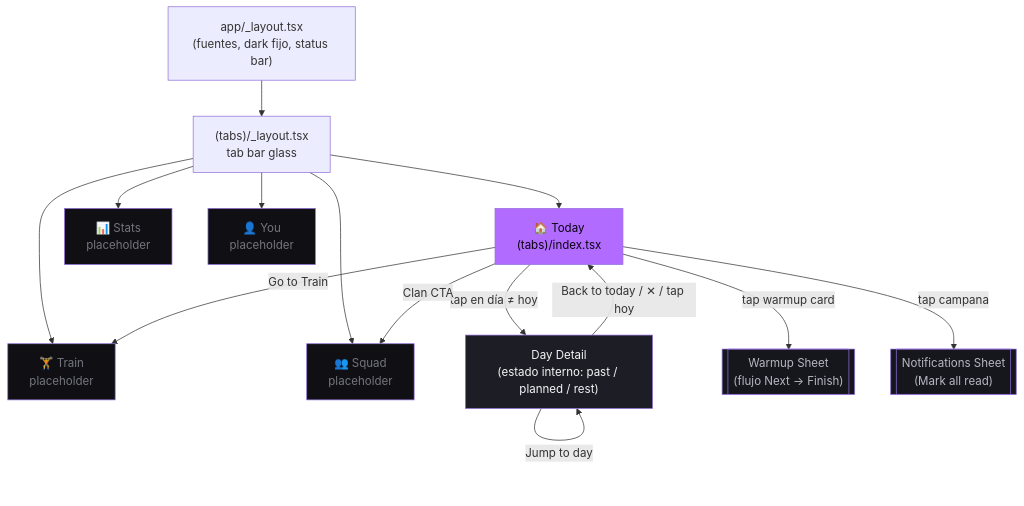
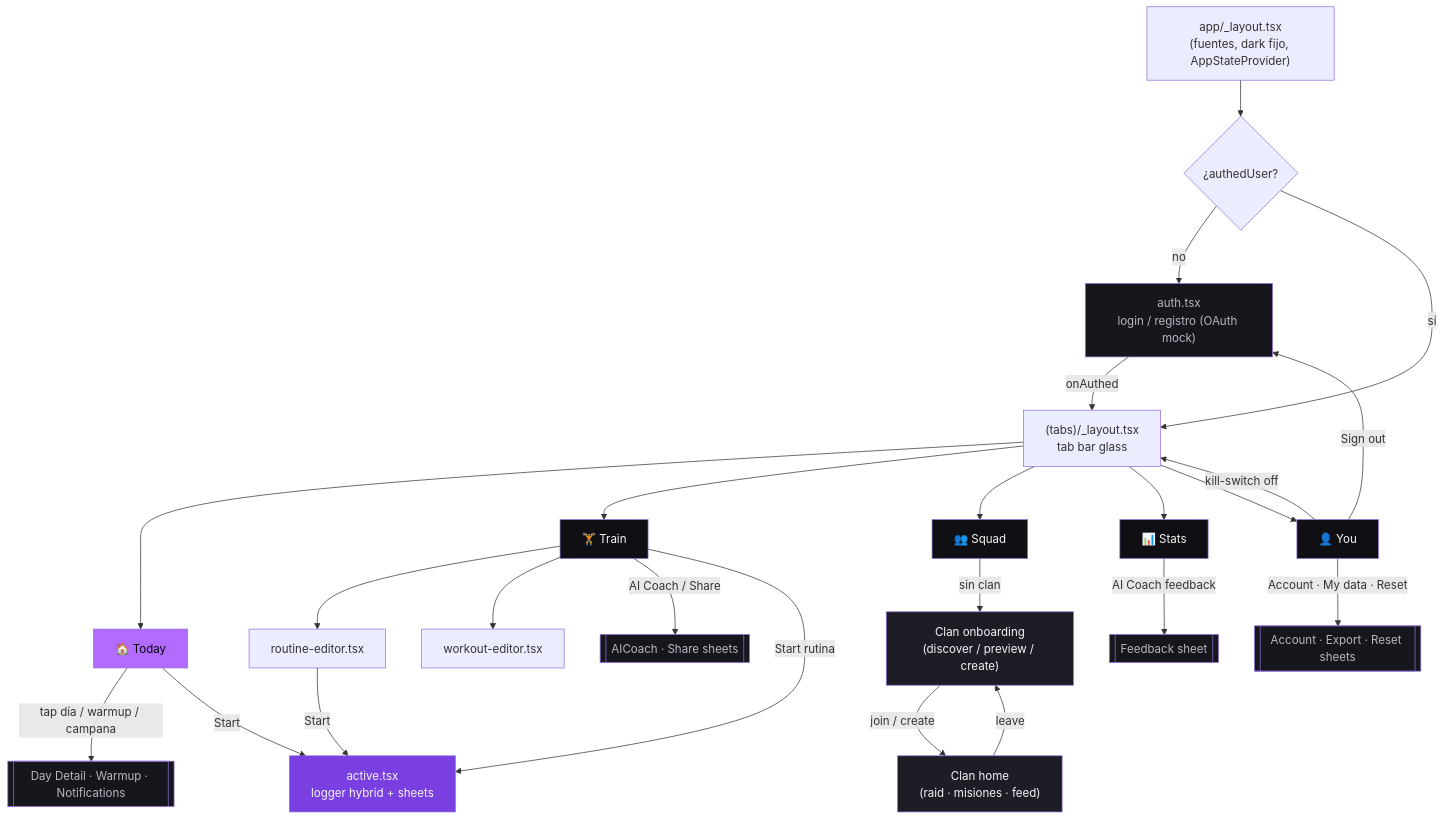
The first of 6 diagrams in README.md (pxtroniwnl/hivo), drawn with Mermaid before and after one commit. The commit also changed other lines of this file and 6 other files, not shown here.

First line of the commit message:
docs: full navigation map, status table and screenshots for all screens

````diff
--- a/README.md
+++ b/README.md
@@ -97,28 +122,45 @@
 ```mermaid
 flowchart TD
-    Root["app/_layout.tsx<br/>(fuentes, dark fijo, status bar)"] --> Tabs["(tabs)/_layout.tsx<br/>tab bar glass"]
+    Root["app/_layout.tsx<br/>(fuentes, dark fijo, AppStateProvider)"] --> Auth{"¿authedUser?"}
+    Auth -- "no" --> Login["auth.tsx<br/>login / registro (OAuth mock)"]
+    Login -- "onAuthed" --> Tabs
+    Auth -- "sí" --> Tabs["(tabs)/_layout.tsx<br/>tab bar glass"]
 
-    Tabs --> Today["🏠 Today<br/>(tabs)/index.tsx"]
-    Tabs --> Train["🏋️ Train<br/>placeholder"]
-    Tabs --> Squad["👥 Squad<br/>placeholder"]
-    Tabs --> Stats["📊 Stats<br/>placeholder"]
-    Tabs --> You["👤 You<br/>placeholder"]
+    Tabs --> Today["🏠 Today"]
+    Tabs --> Train["🏋️ Train"]
+    Tabs --> Squad["👥 Squad"]
+    Tabs --> Stats["📊 Stats"]
+    Tabs --> You["👤 You"]
 
-    Today -- "tap en día ≠ hoy" --> DayDetail["Day Detail<br/>(estado interno: past / planned / rest)"]
-    DayDetail -- "Back to today / ✕ / tap hoy" --> Today
-    DayDetail -- "Jump to day" --> DayDetail
+    Today -- "tap día / warmup / campana" --> TodaySheets[["Day Detail · Warmup · Notifications"]]
+    Today -- "Start" --> Active["active.tsx<br/>logger hybrid + sheets"]
 
-    Today -- "tap warmup card" --> WarmupSheet[["Warmup Sheet<br/>(flujo Next → Finish)"]]
-    Today -- "tap campana" --> NotifSheet[["Notifications Sheet<br/>(Mark all read)"]]
-    Today -- "Go to Train" --> Train
-    Today -- "Clan CTA" --> Squad
+    Train --> RoutineEd["routine-editor.tsx"]
+    Train --> WorkoutEd["workout-editor.tsx"]
+    Train -- "AI Coach / Share" --> TrainSheets[["AICoach · Share sheets"]]
+    Train -- "Start rutina" --> Active
+    RoutineEd -- "Start" --> Active
+
+    Squad -- "sin clan" --> Onboard["Clan onboarding<br/>(discover / preview / create)"]
+    Onboard -- "join / create" --> ClanHome["Clan home<br/>(raid · misiones · feed)"]
+    ClanHome -- "leave" --> Onboard
+
+    Stats -- "AI Coach feedback" --> CoachSheet[["Feedback sheet"]]
+    You -- "Account · My data · Reset" --> YouSheets[["Account · Export · Reset sheets"]]
+    You -- "kill-switch off" --> Tabs
+    You -- "Sign out" --> Login
 
     style Today fill:#b26bff,color:#0a0210
-    style DayDetail fill:#1d1d26,color:#f5f5f7
-    style WarmupSheet fill:#16161d,color:#b8b8c2
-    style NotifSheet fill:#16161d,color:#b8b8c2
-    style Train fill:#101014,color:#74747e
-    style Squad fill:#101014,color:#74747e
-    style Stats fill:#101014,color:#74747e
-    style You fill:#101014,color:#74747e
+    style Active fill:#7a3fe0,color:#f5f5f7
+    style ClanHome fill:#1d1d26,color:#f5f5f7
+    style Onboard fill:#1d1d26,color:#f5f5f7
+    style TodaySheets fill:#16161d,color:#b8b8c2
+    style TrainSheets fill:#16161d,color:#b8b8c2
+    style CoachSheet fill:#16161d,color:#b8b8c2
+    style YouSheets fill:#16161d,color:#b8b8c2
+    style Login fill:#16161d,color:#b8b8c2
+    style Train fill:#101014,color:#f5f5f7
+    style Squad fill:#101014,color:#f5f5f7
+    style Stats fill:#101014,color:#f5f5f7
+    style You fill:#101014,color:#f5f5f7
 ```
````
